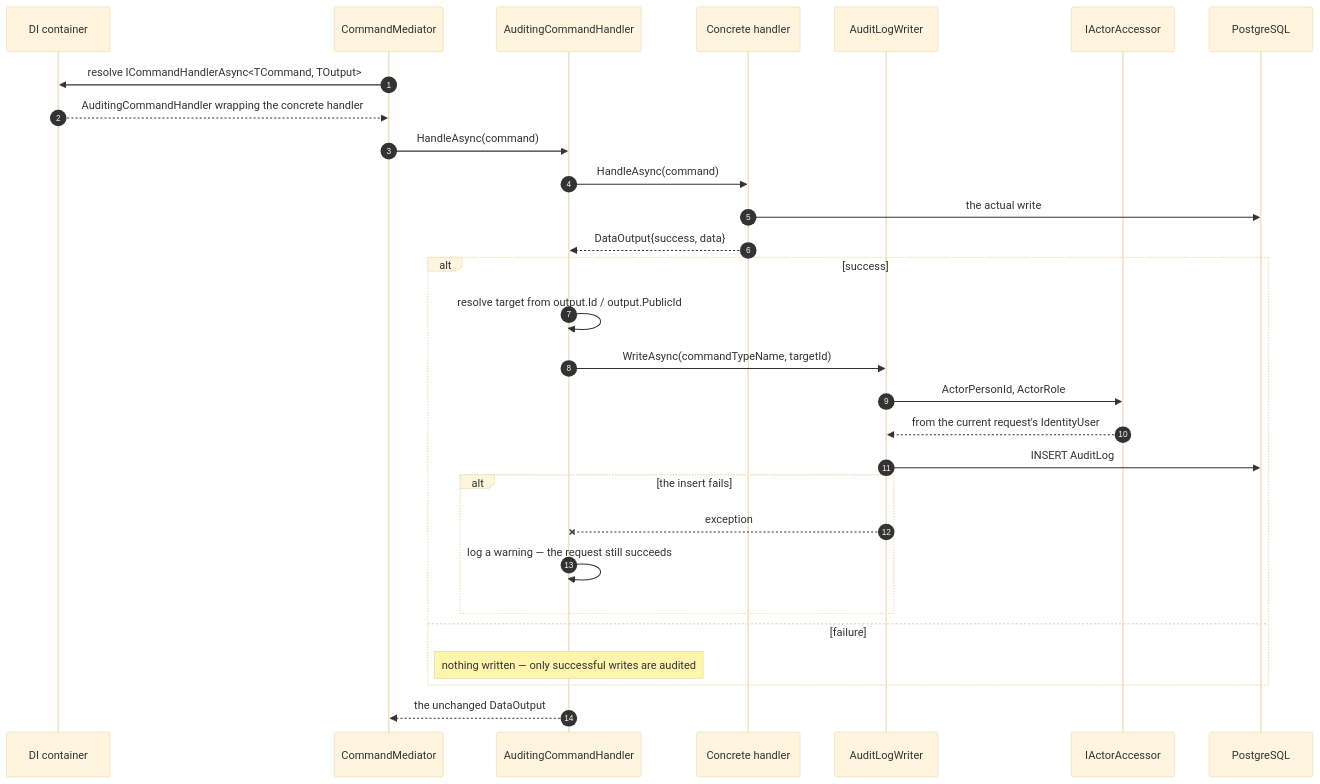
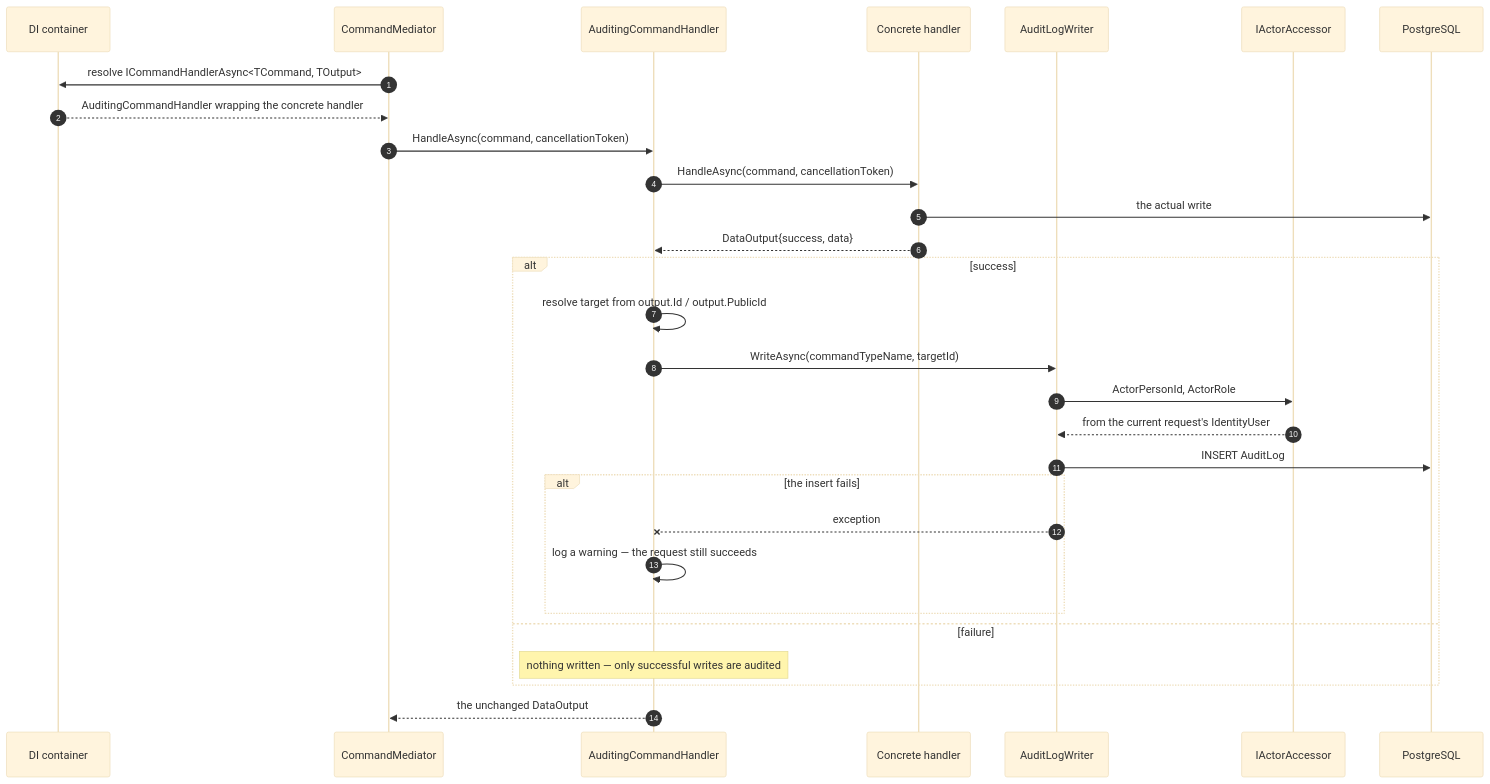
The diagram in docs/content/en/docs/flows/audit-logging.md (artur-rios/heimdall-api), drawn with Mermaid (base theme) before and after one commit. The commit also changed 93 other files, not shown here.

````diff
--- a/docs/content/en/docs/flows/audit-logging.md
+++ b/docs/content/en/docs/flows/audit-logging.md
@@ -15,34 +15,34 @@
 ```mermaid
 sequenceDiagram
     autonumber
     participant DI as DI container
     participant M as CommandMediator
     participant A as AuditingCommandHandler
     participant H as Concrete handler
     participant W as AuditLogWriter
     participant AA as IActorAccessor
     participant DB as PostgreSQL
 
     M->>DI: resolve ICommandHandlerAsync<TCommand, TOutput>
     DI-->>M: AuditingCommandHandler wrapping the concrete handler
-    M->>A: HandleAsync(command)
-    A->>H: HandleAsync(command)
+    M->>A: HandleAsync(command, cancellationToken)
+    A->>H: HandleAsync(command, cancellationToken)
     H->>DB: the actual write
     H-->>A: DataOutput{success, data}
 
     alt success
         A->>A: resolve target from output.Id / output.PublicId
         A->>W: WriteAsync(commandTypeName, targetId)
         W->>AA: ActorPersonId, ActorRole
         AA-->>W: from the current request's IdentityUser
         W->>DB: INSERT AuditLog
         alt the insert fails
             W--xA: exception
             A->>A: log a warning — the request still succeeds
         end
     else failure
         Note over A: nothing written — only successful writes are audited
     end
 
     A-->>M: the unchanged DataOutput
 ```
````
